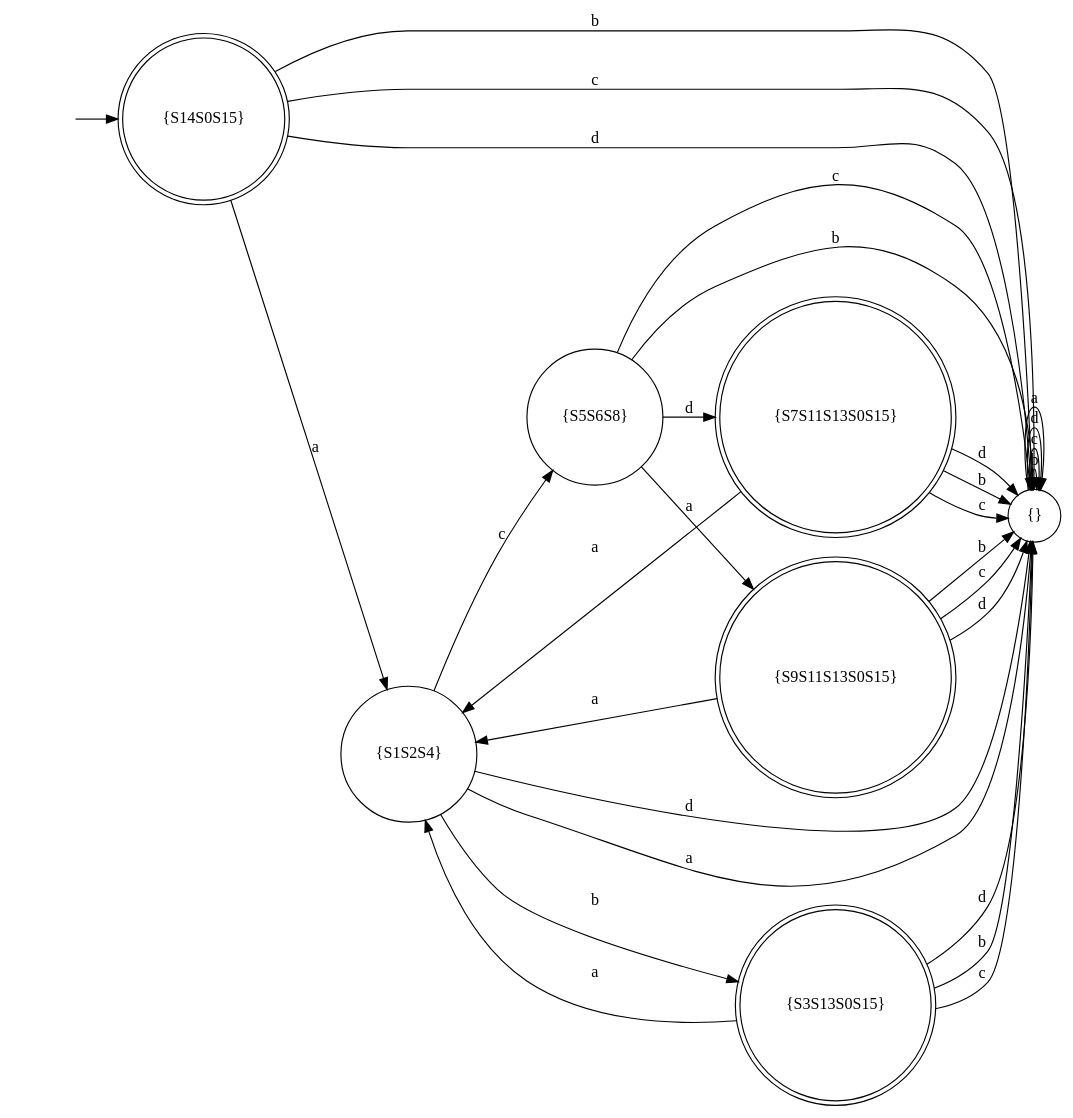
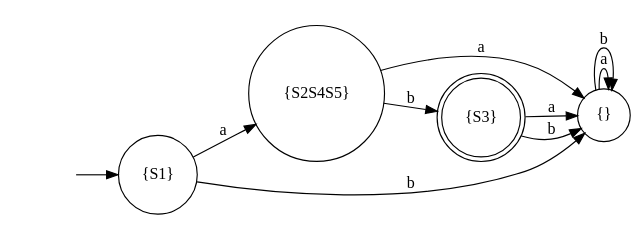
The diagram in ALE2/ALE2/bin/Debug/abc.dot (bobirok/Automata-ALE2), drawn with Graphviz before and after one commit. The commit also changed 14 other files, not shown here.

```diff
--- a/ALE2/ALE2/bin/Debug/abc.dot
+++ b/ALE2/ALE2/bin/Debug/abc.dot
@@ -1,40 +1,17 @@
 digraph myAutomaton {
 rankdir=LR;
 " " [shape=none]
-"{S14S0S15}" [shape=doublecircle]
+"{S1}" [shape=circle]
+"{S2S4S5}" [shape=circle]
 "{}" [shape=circle]
-"{S1S2S4}" [shape=circle]
-"{S3S13S0S15}" [shape=doublecircle]
-"{S5S6S8}" [shape=circle]
-"{S7S11S13S0S15}" [shape=doublecircle]
-"{S9S11S13S0S15}" [shape=doublecircle]
+"{S3}" [shape=doublecircle]
 
-" " -> "{S14S0S15}""{S14S0S15}" -> "{}"[label="b"]
-"{S14S0S15}" -> "{}"[label="c"]
-"{S14S0S15}" -> "{}"[label="d"]
-"{S14S0S15}" -> "{S1S2S4}"[label="a"]
+" " -> "{S1}""{S1}" -> "{S2S4S5}"[label="a"]
+"{S1}" -> "{}"[label="b"]
+"{S2S4S5}" -> "{}"[label="a"]
+"{S2S4S5}" -> "{S3}"[label="b"]
+"{}" -> "{}"[label="a"]
 "{}" -> "{}"[label="b"]
-"{}" -> "{}"[label="c"]
-"{}" -> "{}"[label="d"]
-"{}" -> "{}"[label="a"]
-"{S1S2S4}" -> "{S3S13S0S15}"[label="b"]
-"{S1S2S4}" -> "{S5S6S8}"[label="c"]
-"{S1S2S4}" -> "{}"[label="d"]
-"{S1S2S4}" -> "{}"[label="a"]
-"{S3S13S0S15}" -> "{}"[label="b"]
-"{S3S13S0S15}" -> "{}"[label="c"]
-"{S3S13S0S15}" -> "{}"[label="d"]
-"{S3S13S0S15}" -> "{S1S2S4}"[label="a"]
-"{S5S6S8}" -> "{}"[label="b"]
-"{S5S6S8}" -> "{}"[label="c"]
-"{S5S6S8}" -> "{S7S11S13S0S15}"[label="d"]
-"{S5S6S8}" -> "{S9S11S13S0S15}"[label="a"]
-"{S7S11S13S0S15}" -> "{}"[label="b"]
-"{S7S11S13S0S15}" -> "{}"[label="c"]
-"{S7S11S13S0S15}" -> "{}"[label="d"]
-"{S7S11S13S0S15}" -> "{S1S2S4}"[label="a"]
-"{S9S11S13S0S15}" -> "{}"[label="b"]
-"{S9S11S13S0S15}" -> "{}"[label="c"]
-"{S9S11S13S0S15}" -> "{}"[label="d"]
-"{S9S11S13S0S15}" -> "{S1S2S4}"[label="a"]
+"{S3}" -> "{}"[label="a"]
+"{S3}" -> "{}"[label="b"]
 }
```
